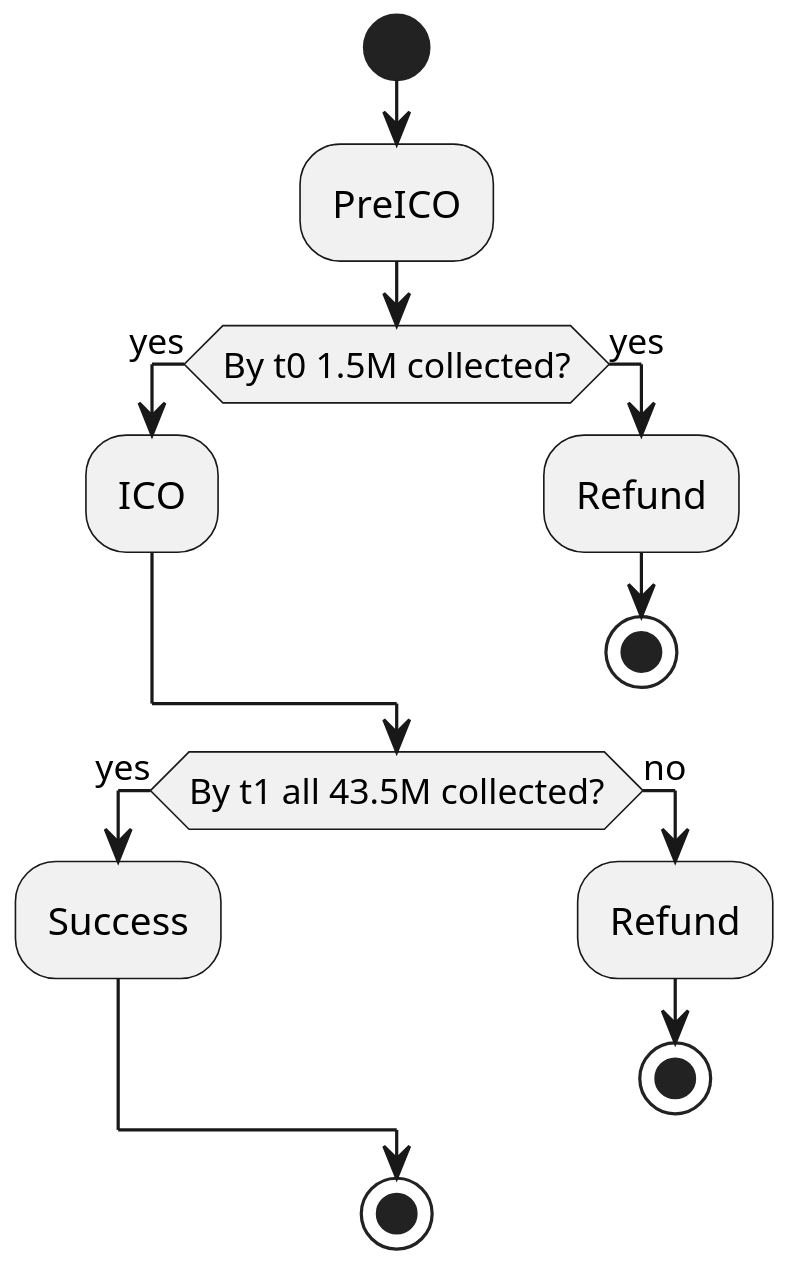
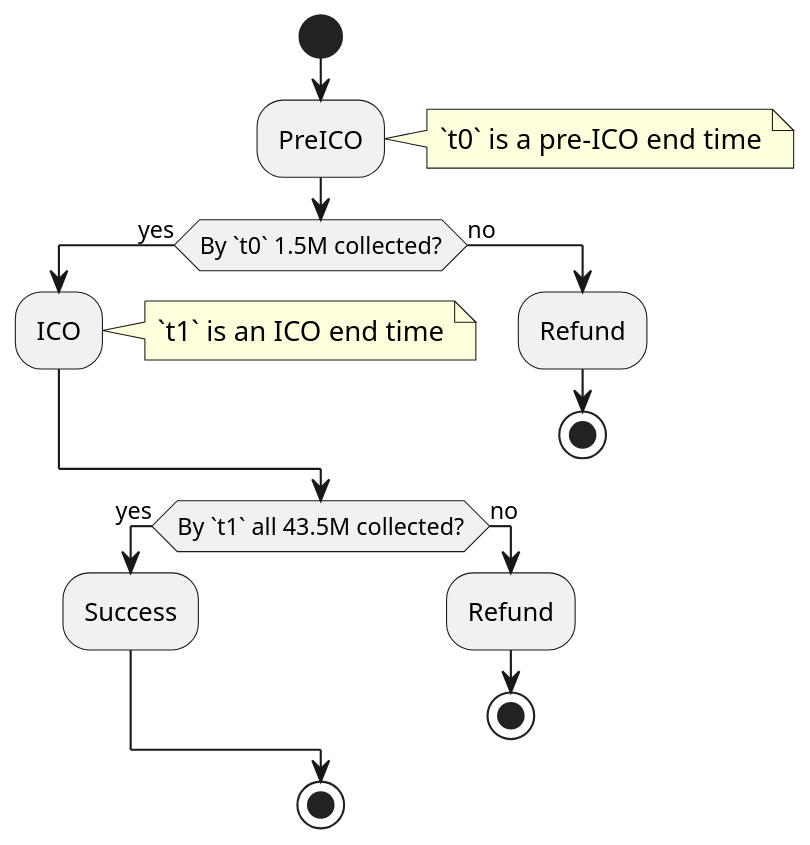
One commit to DarkDarkZen/carfix changed the diagram in uml/overall-activity.puml. Above: the diagram before and after it, drawn with PlantUML.

Commit message:
Fix typo in activity contract

```diff
--- a/uml/overall-activity.puml
+++ b/uml/overall-activity.puml
@@ -1,24 +1,26 @@
 @startuml
 scale 550 width
 
 start
 
 :PreICO;
+note right: `t0` is a pre-ICO end time
 
-if (By t0 1.5M collected?) then (yes)
+if (By `t0` 1.5M collected?) then (yes)
     :ICO;
-else (yes)
+    note right: `t1` is an ICO end time
+else (no)
     :Refund;
     stop
 endif
 
-if (By t1 all 43.5M collected?) then (yes)
+if (By `t1` all 43.5M collected?) then (yes)
     :Success;
 else (no)
     :Refund;
     stop
 endif
 
 stop
 
 @enduml
```
